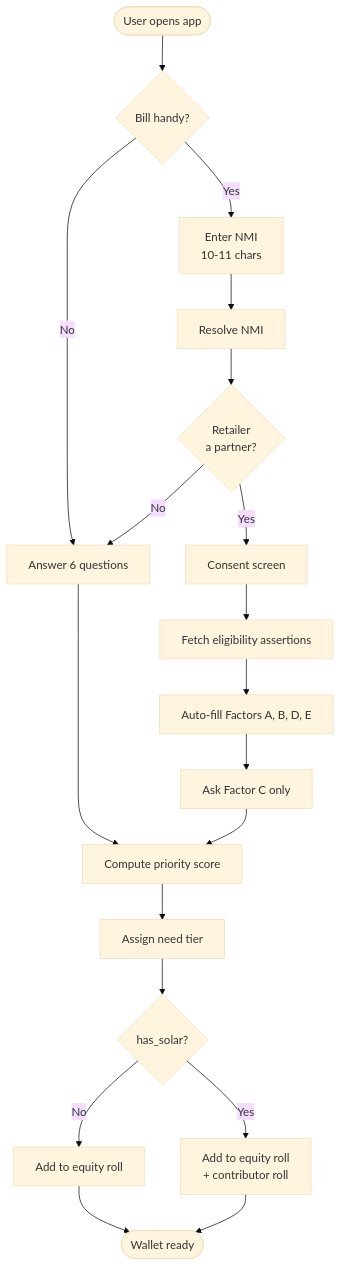
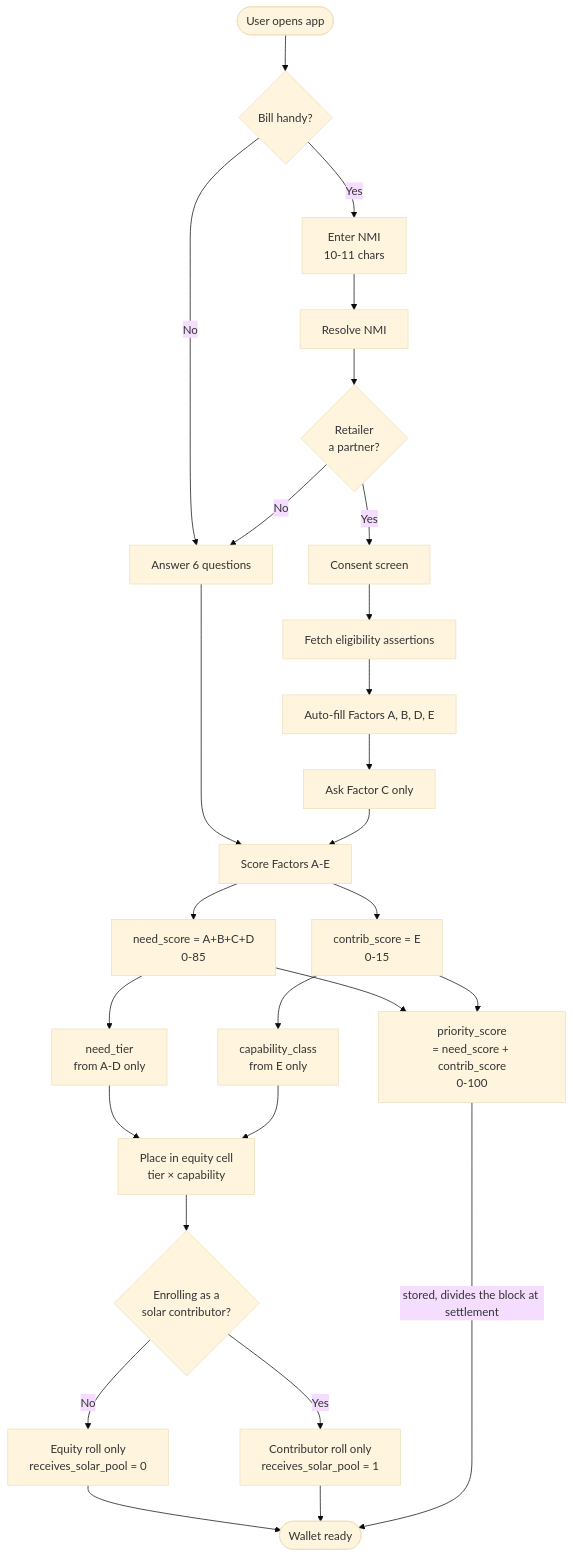
Before and after one commit to hong-nhung-nguyen/sunshine-wallet: the second of 9 diagrams in docs/sunshine_wallet-high_level-backend-flow.md, drawn with Mermaid (base theme). The commit also changed other lines of this file and 2 other files, not shown here.

````diff
--- a/docs/sunshine_wallet-high_level-backend-flow.md
+++ b/docs/sunshine_wallet-high_level-backend-flow.md
@@ -81,25 +85,37 @@
 ```mermaid
 flowchart TD
   START([User opens app]) --> CHOICE{Bill handy?}
 
   CHOICE -->|Yes| B1[Enter NMI<br/>10-11 chars]
   CHOICE -->|No| A1[Answer 6 questions]
 
   B1 --> B2[Resolve NMI]
   B2 --> B3{Retailer<br/>a partner?}
   B3 -->|No| A1
   B3 -->|Yes| B4[Consent screen]
   B4 --> B5[Fetch eligibility assertions]
   B5 --> B6["Auto-fill Factors A, B, D, E"]
   B6 --> B7[Ask Factor C only]
 
   A1 --> SCORE
-  B7 --> SCORE[Compute priority score]
+  B7 --> SCORE["Score Factors A-E"]
 
-  SCORE --> TIER[Assign need tier]
-  TIER --> ROLL{has_solar?}
-  ROLL -->|Yes| ROLL2[Add to equity roll<br/>+ contributor roll]
-  ROLL -->|No| ROLL1[Add to equity roll]
+  SCORE --> NEED["need_score = A+B+C+D<br/>0-85"]
+  SCORE --> CONTRIB["contrib_score = E<br/>0-15"]
+
+  NEED --> PRI["priority_score<br/>= need_score + contrib_score<br/>0-100"]
+  CONTRIB --> PRI
+
+  NEED --> TIER["need_tier<br/>from A-D only"]
+  CONTRIB --> CAP["capability_class<br/>from E only"]
+
+  TIER --> CELL["Place in equity cell<br/>tier × capability"]
+  CAP --> CELL
+
+  CELL --> ROLL{"Enrolling as a<br/>solar contributor?"}
+  ROLL -->|Yes| ROLL2["Contributor roll only<br/>receives_solar_pool = 1"]
+  ROLL -->|No| ROLL1["Equity roll only<br/>receives_solar_pool = 0"]
   ROLL1 --> DONE([Wallet ready])
   ROLL2 --> DONE
+  PRI -->|"stored, divides the block at settlement"| DONE
 ```
````
